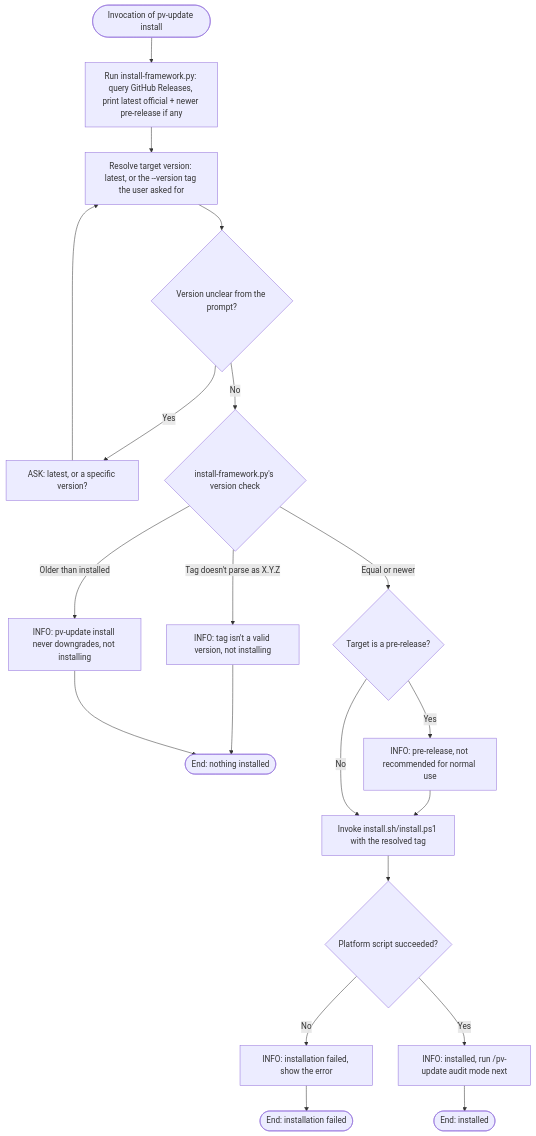
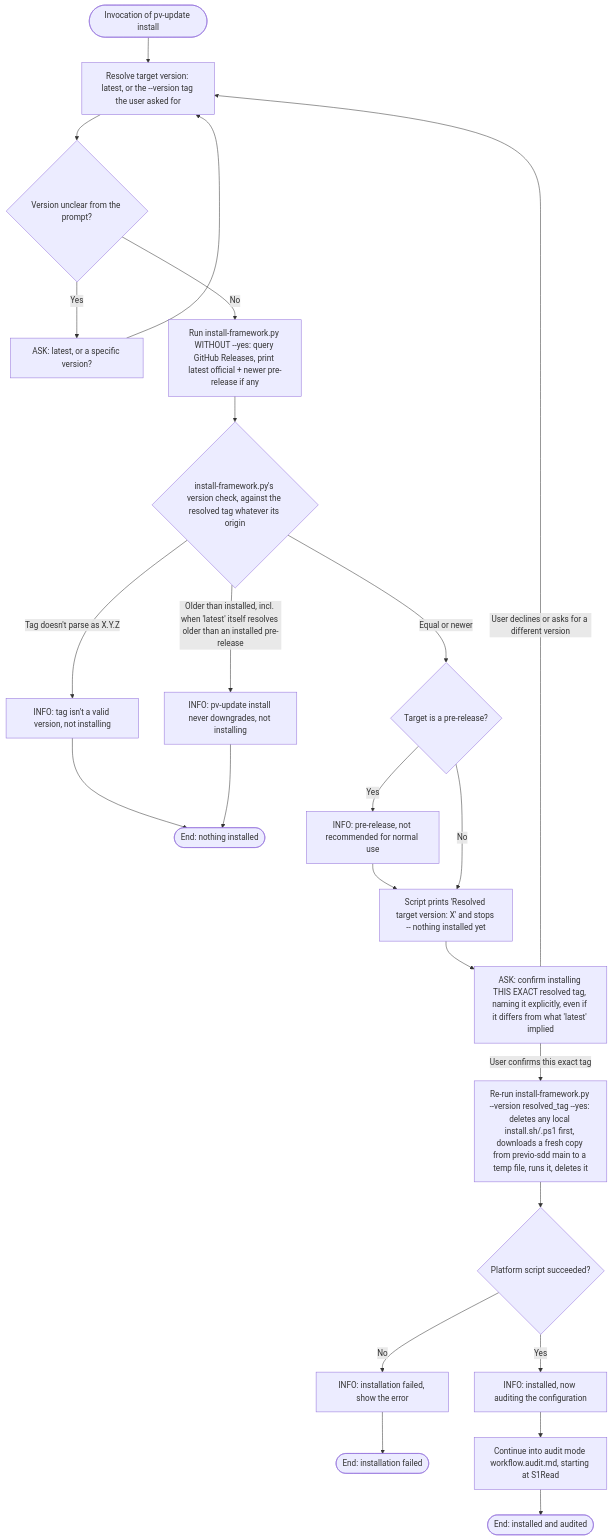
The diagram in .claude/skills/pv-update/workflow.install.md (yeyopepe/previo-sdd), drawn with Mermaid before and after one commit. The commit also changed 9 other files, not shown here.

Commit message:
Deleted: Implemented plan Updated: other plans Fixed: some issues in new pv-update installation worflow Added: pv.py now allows install a new Previo version

````diff
--- a/.claude/skills/pv-update/workflow.install.md
+++ b/.claude/skills/pv-update/workflow.install.md
@@ -1,27 +1,33 @@
 ```mermaid
 flowchart TD
     Start([Invocation of pv-update install])
 
-    Start --> S1Report[Run install-framework.py: query GitHub Releases, print latest official + newer pre-release if any]
-    S1Report --> S2Resolve[Resolve target version: latest, or the --version tag the user asked for]
+    Start --> S2Resolve[Resolve target version: latest, or the --version tag the user asked for]
     S2Resolve --> S2Ask{Version unclear from the prompt?}
     S2Ask -->|Yes| S2AskUser[ASK: latest, or a specific version?]
     S2AskUser --> S2Resolve
-    S2Ask -->|No| S3Compare
+    S2Ask -->|No| S1Report
 
-    S3Compare{install-framework.py's version check} -->|Tag doesn't parse as X.Y.Z| S3RejectFormat[INFO: tag isn't a valid version, not installing]
+    S1Report[Run install-framework.py WITHOUT --yes: query GitHub Releases, print latest official + newer pre-release if any] --> S3Compare
+
+    S3Compare{install-framework.py's version check, against the resolved tag whatever its origin} -->|Tag doesn't parse as X.Y.Z| S3RejectFormat[INFO: tag isn't a valid version, not installing]
     S3RejectFormat --> EndReject([End: nothing installed])
-    S3Compare -->|Older than installed| S3RejectDowngrade[INFO: pv-update install never downgrades, not installing]
+    S3Compare -->|Older than installed, incl. when 'latest' itself resolves older than an installed pre-release| S3RejectDowngrade[INFO: pv-update install never downgrades, not installing]
     S3RejectDowngrade --> EndReject
     S3Compare -->|Equal or newer| S3PrereleaseCheck{Target is a pre-release?}
 
     S3PrereleaseCheck -->|Yes| S3PrereleaseWarn[INFO: pre-release, not recommended for normal use]
-    S3PrereleaseWarn --> S4Install
-    S3PrereleaseCheck -->|No| S4Install
+    S3PrereleaseWarn --> S3Print
+    S3PrereleaseCheck -->|No| S3Print
 
-    S4Install[Invoke install.sh/install.ps1 with the resolved tag] --> S4Result{Platform script succeeded?}
+    S3Print[Script prints 'Resolved target version: X' and stops -- nothing installed yet] --> S3Confirm[ASK: confirm installing THIS EXACT resolved tag, naming it explicitly, even if it differs from what 'latest' implied]
+    S3Confirm -->|User declines or asks for a different version| S2Resolve
+    S3Confirm -->|User confirms this exact tag| S4Install
+
+    S4Install[Re-run install-framework.py --version resolved_tag --yes: deletes any local install.sh/.ps1 first, downloads a fresh copy from previo-sdd main to a temp file, runs it, deletes it] --> S4Result{Platform script succeeded?}
     S4Result -->|No| S4Fail[INFO: installation failed, show the error]
     S4Fail --> EndFail([End: installation failed])
-    S4Result -->|Yes| S5Remind[INFO: installed, run /pv-update audit mode next]
-    S5Remind --> EndOK([End: installed])
+    S4Result -->|Yes| S5Chain[INFO: installed, now auditing the configuration]
+    S5Chain --> S5Audit[Continue into audit mode workflow.audit.md, starting at S1Read]
+    S5Audit --> EndOK([End: installed and audited])
 ```
````
